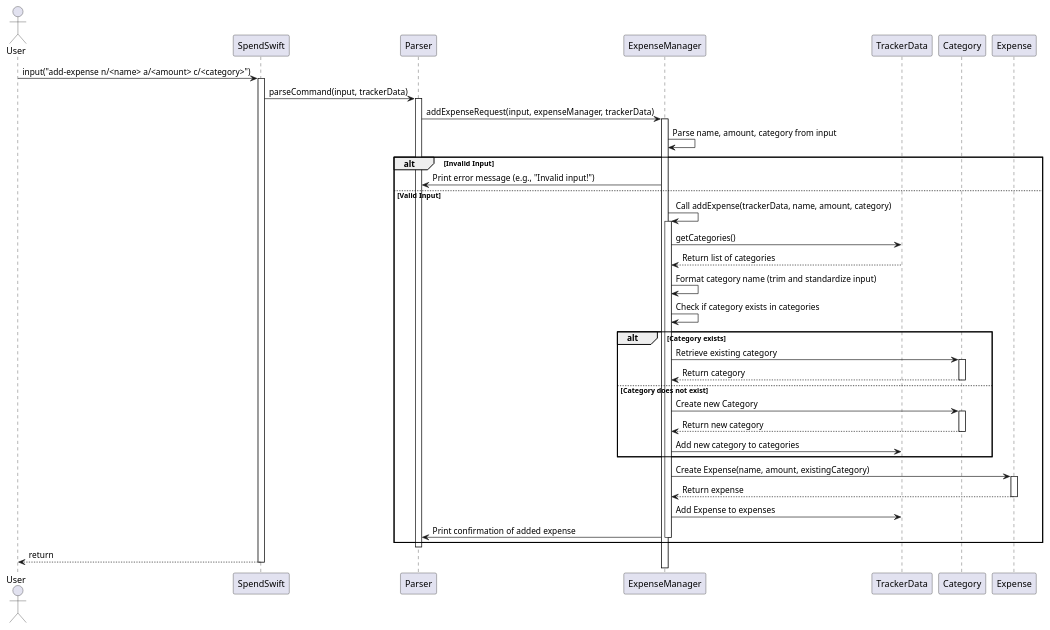
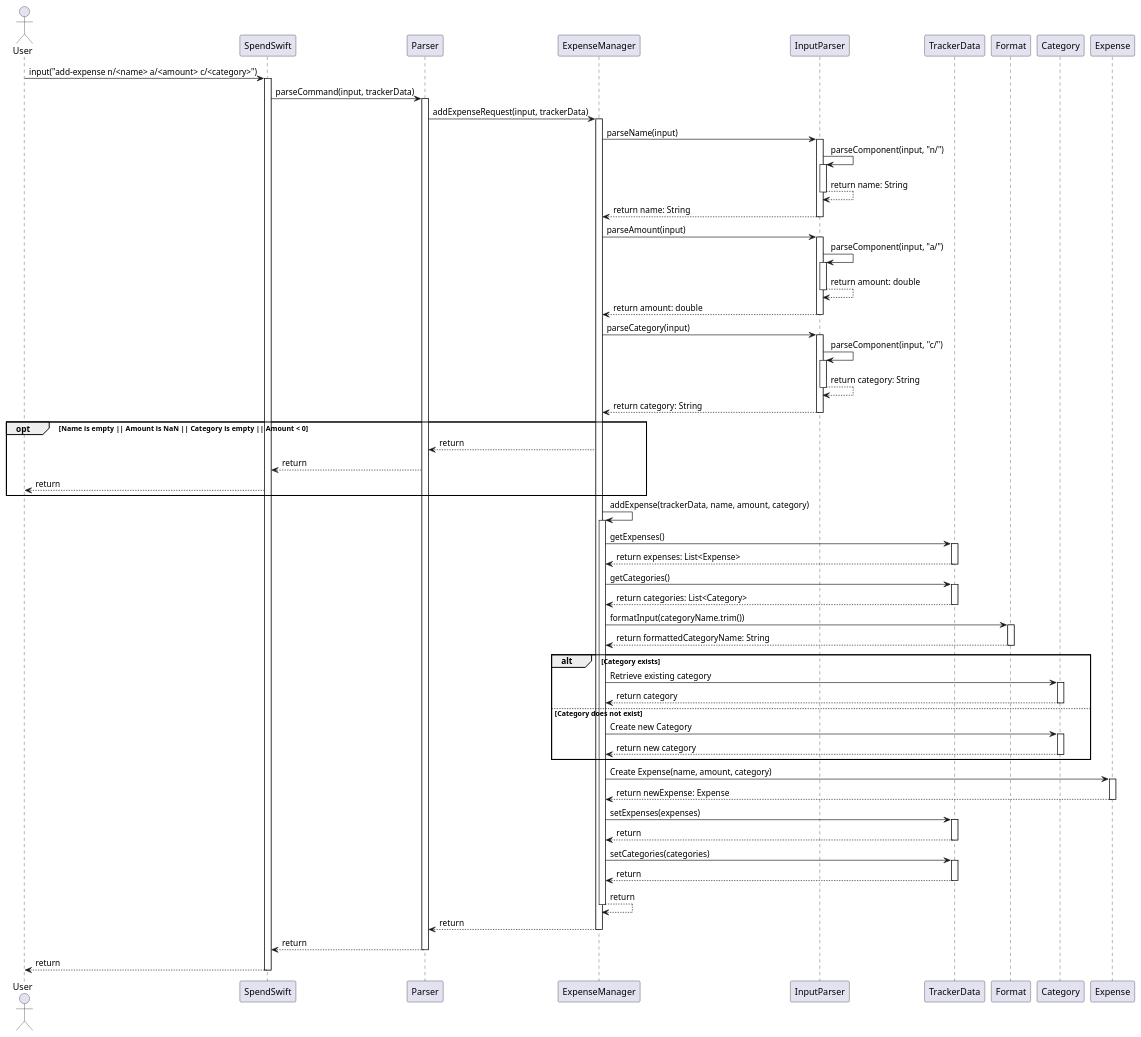
Before and after one commit to nus-cs2113-AY2425S1/tp: the diagram in docs/diagrams/AddExpense.puml, drawn with PlantUML. The commit also changed 22 other files, not shown here.

Commit message:
Add add-expense sequence diagram

```diff
--- a/docs/diagrams/AddExpense.puml
+++ b/docs/diagrams/AddExpense.puml
@@ -1,57 +1,105 @@
 @startuml
 actor User
 participant SpendSwift
 participant Parser
 participant ExpenseManager
+participant InputParser
 participant TrackerData
+participant Format
 participant Category
 participant Expense
 
 User -> SpendSwift : input("add-expense n/<name> a/<amount> c/<category>")
 activate SpendSwift
 SpendSwift -> Parser : parseCommand(input, trackerData)
 
 activate Parser
-Parser -> ExpenseManager : addExpenseRequest(input, expenseManager, trackerData)
+Parser -> ExpenseManager : addExpenseRequest(input, trackerData)
 
 activate ExpenseManager
-ExpenseManager -> ExpenseManager : Parse name, amount, category from input
+ExpenseManager -> InputParser : parseName(input)
+activate InputParser
+InputParser -> InputParser : parseComponent(input, "n/")
+    activate InputParser
+    InputParser --> InputParser : return name: String
+    deactivate InputParser
+InputParser --> ExpenseManager : return name: String
+deactivate InputParser
 
-alt Invalid Input
-    ExpenseManager -> Parser : Print error message (e.g., "Invalid input!")
-else Valid Input
-    ExpenseManager -> ExpenseManager : Call addExpense(trackerData, name, amount, category)
-    activate ExpenseManager
+ExpenseManager -> InputParser : parseAmount(input)
+activate InputParser
+InputParser -> InputParser : parseComponent(input, "a/")
+    activate InputParser
+    InputParser --> InputParser : return amount: double
+    deactivate InputParser
+InputParser --> ExpenseManager : return amount: double
+deactivate InputParser
 
-    ExpenseManager -> TrackerData : getCategories()
-    TrackerData --> ExpenseManager : Return list of categories
+ExpenseManager -> InputParser : parseCategory(input)
+activate InputParser
+InputParser -> InputParser : parseComponent(input, "c/")
+    activate InputParser
+    InputParser --> InputParser : return category: String
+    deactivate InputParser
+InputParser --> ExpenseManager : return category: String
+deactivate InputParser
 
-    ExpenseManager -> ExpenseManager : Format category name (trim and standardize input)
-    ExpenseManager -> ExpenseManager : Check if category exists in categories
+opt Name is empty || Amount is NaN || Category is empty || Amount < 0
+    ExpenseManager --> Parser : return
+    Parser --> SpendSwift : return
+    SpendSwift --> User : return
+end
 
-    alt Category exists
-        ExpenseManager -> Category : Retrieve existing category
-        activate Category
-        Category --> ExpenseManager : Return category
-        deactivate Category
-    else Category does not exist
-        ExpenseManager -> Category : Create new Category
-        activate Category
-        Category --> ExpenseManager : Return new category
-        deactivate Category
-        ExpenseManager -> TrackerData : Add new category to categories
-    end
+ExpenseManager -> ExpenseManager : addExpense(trackerData, name, amount, category)
+activate ExpenseManager
+ExpenseManager -> TrackerData : getExpenses()
+activate TrackerData
+TrackerData --> ExpenseManager : return expenses: List<Expense>
+deactivate TrackerData
+ExpenseManager -> TrackerData : getCategories()
+activate TrackerData
+TrackerData --> ExpenseManager : return categories: List<Category>
+deactivate TrackerData
 
-    ExpenseManager -> Expense : Create Expense(name, amount, existingCategory)
-    activate Expense
-    Expense --> ExpenseManager : Return expense
-    deactivate Expense
+ExpenseManager -> Format : formatInput(categoryName.trim())
+activate Format
+Format --> ExpenseManager : return formattedCategoryName: String
+deactivate Format
 
-    ExpenseManager -> TrackerData : Add Expense to expenses
-    ExpenseManager -> Parser : Print confirmation of added expense
-    deactivate ExpenseManager
+alt Category exists
+    ExpenseManager -> Category : Retrieve existing category
+    activate Category
+    Category --> ExpenseManager : return category
+    deactivate Category
+else Category does not exist
+    ExpenseManager -> Category : Create new Category
+    activate Category
+    Category --> ExpenseManager : return new category
+    deactivate Category
 end
+
+ExpenseManager -> Expense : Create Expense(name, amount, category)
+activate Expense
+Expense --> ExpenseManager : return newExpense: Expense
+deactivate Expense
+
+ExpenseManager -> TrackerData : setExpenses(expenses)
+activate TrackerData
+TrackerData --> ExpenseManager : return
+deactivate TrackerData
+
+ExpenseManager -> TrackerData : setCategories(categories)
+activate TrackerData
+TrackerData --> ExpenseManager : return
+deactivate TrackerData
+
+ExpenseManager --> ExpenseManager : return
+deactivate ExpenseManager
+
+ExpenseManager --> Parser : return
+deactivate ExpenseManager
+Parser --> SpendSwift : return
 deactivate Parser
 SpendSwift --> User : return
 deactivate SpendSwift
 @enduml
```
